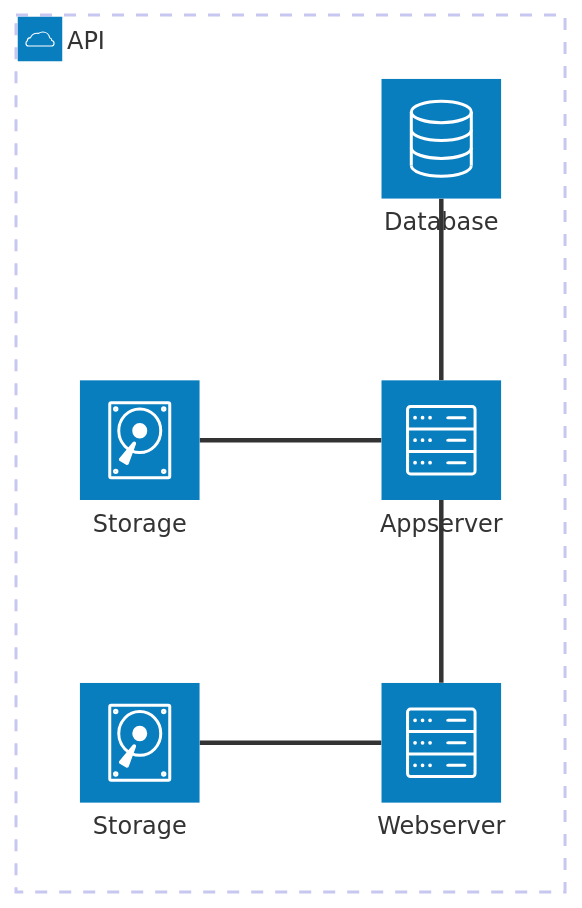
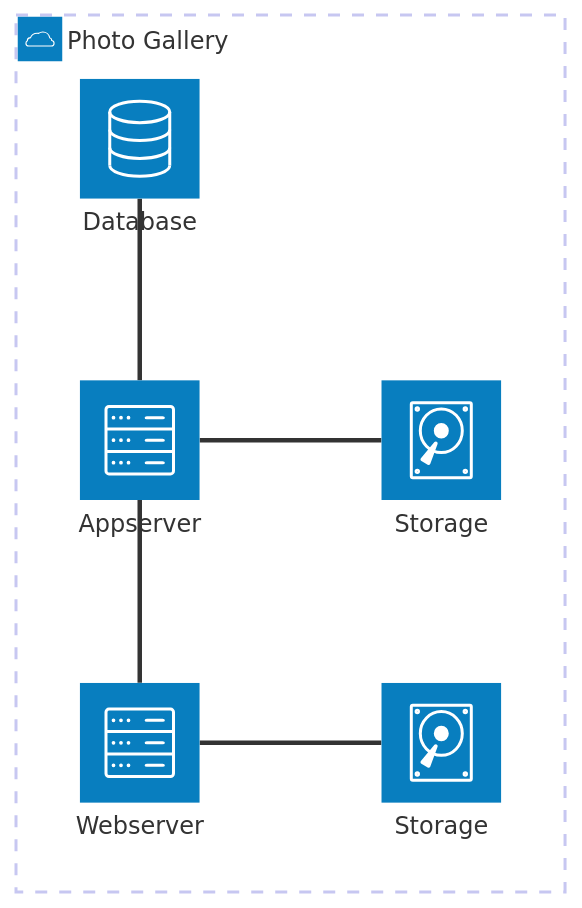
One commit to Zheng-Bote/qt_files_photo-gallery changed the fourth of 6 diagrams in README.md. Above: the diagram before and after it, drawn with Mermaid. The commit also changed other lines of this file, not shown here.

Commit message:
upd: Mermaid

````diff
--- a/README.md
+++ b/README.md
@@ -393,16 +394,15 @@
 ```mermaid
 architecture-beta
-    group api(cloud)[API]
+    group bounded_context(cloud)[Photo Gallery]
 
-    service server1(server)[Webserver] in api
-    service server2(server)[Appserver] in api
-    service db(database)[Database] in api
-    service disk1(disk)[Storage] in api
-    service disk2(disk)[Storage] in api
+    service server1(server)[Webserver] in bounded_context
+    service server2(server)[Appserver] in bounded_context
+    service db(database)[Database] in bounded_context
+    service disk1(disk)[Storage] in bounded_context
+    service disk2(disk)[Storage] in bounded_context
 
-
-    server1:L -- R:disk1
     server1:T -- B:server2
-    server2:L -- R:disk2
     server2:T -- B:db
+    disk2:L -- R:server2
+    disk1:L -- R:server1
 ```
````
